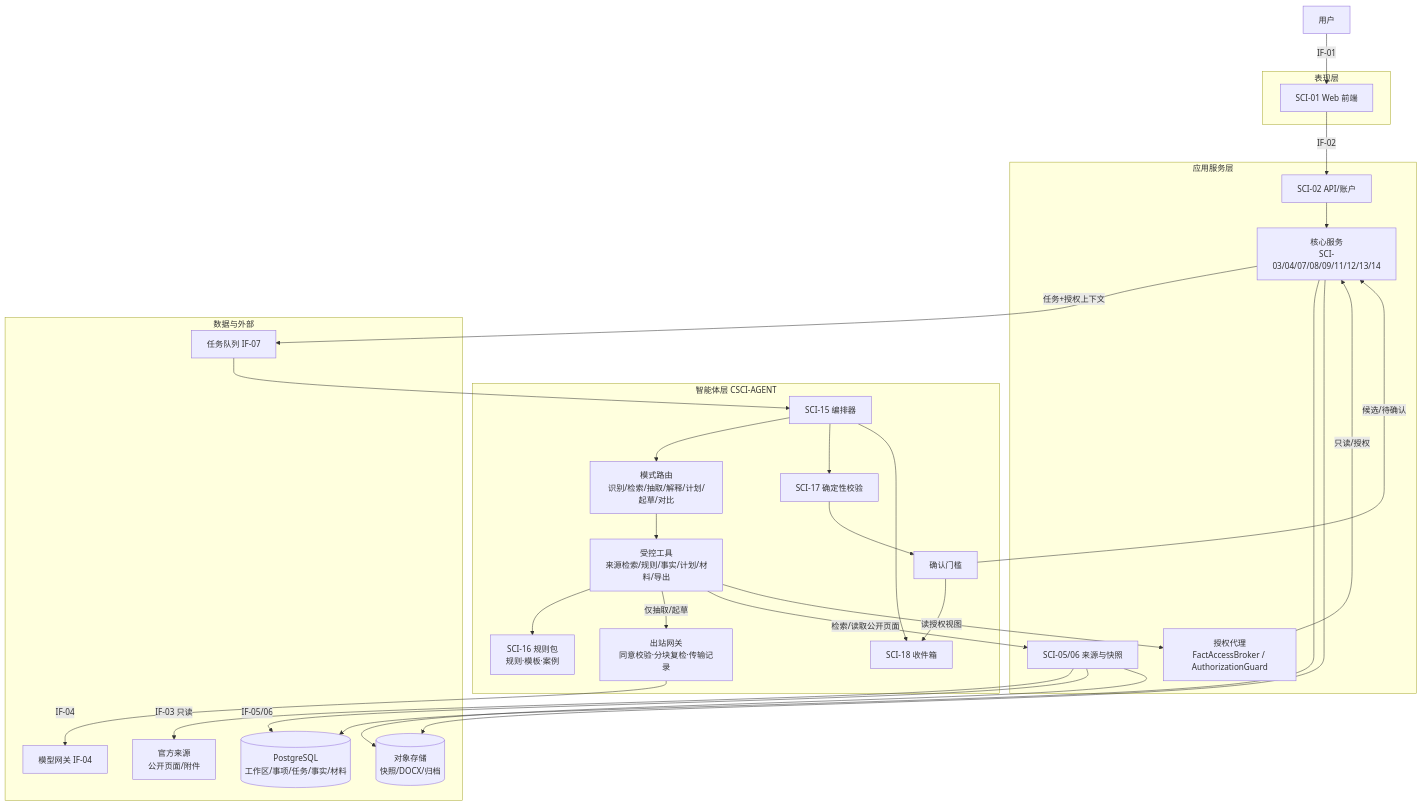
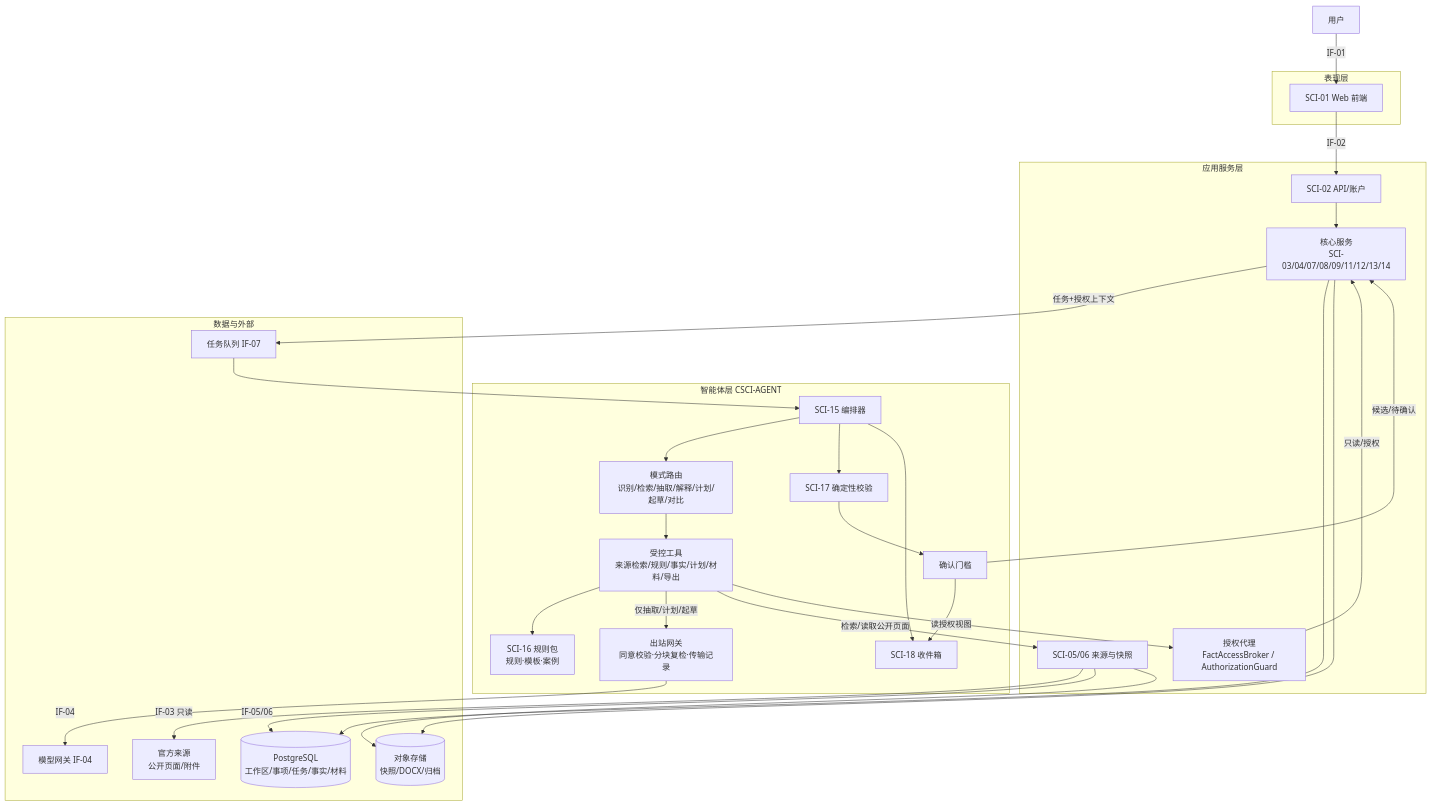
The ninth of 23 diagrams in docs/design/system-design/offerpilot-system-design.md (LotteryCamp/OfferPilot), drawn with Mermaid before and after one commit. The commit also changed other lines of this file, not shown here.

````diff
--- a/docs/design/system-design/offerpilot-system-design.md
+++ b/docs/design/system-design/offerpilot-system-design.md
@@ -1115,53 +1114,53 @@
 ```mermaid
 flowchart TB
     STU["用户"]
     subgraph UX["表现层"]
         WEB["SCI-01 Web 前端"]
     end
     subgraph APP["应用服务层"]
         API["SCI-02 API/账户"]
         CORE["核心服务<br/>SCI-03/04/07/08/09/11/12/13/14"]
         SRC["SCI-05/06 来源与快照"]
         AUTHZ["授权代理<br/>FactAccessBroker / AuthorizationGuard"]
     end
     subgraph AG["智能体层 CSCI-AGENT"]
         ORCH["SCI-15 编排器"]
         MODES["模式路由<br/>识别/检索/抽取/解释/计划/起草/对比"]
         TOOLS["受控工具<br/>来源检索/规则/事实/计划/材料/导出"]
         OGW["出站网关<br/>同意校验·分块复检·传输记录"]
         KP["SCI-16 规则包<br/>规则·模板·案例"]
         VAL["SCI-17 确定性校验"]
         GATE["确认门槛"]
         INBOX["SCI-18 收件箱"]
     end
     subgraph INF["数据与外部"]
         DB[("PostgreSQL<br/>工作区/事项/任务/事实/材料")]
         OBJ[("对象存储<br/>快照/DOCX/归档")]
         Q["任务队列 IF-07"]
         LLM["模型网关 IF-04"]
         OFF["官方来源<br/>公开页面/附件"]
     end
     STU -->|"IF-01"| WEB
     WEB -->|"IF-02"| API
     API --> CORE
     CORE -->|"任务+授权上下文"| Q
     Q --> ORCH
     ORCH --> MODES
     MODES --> TOOLS
     TOOLS --> KP
-    TOOLS -->|"仅抽取/起草"| OGW
+    TOOLS -->|"仅抽取/计划/起草"| OGW
     OGW -->|"IF-04"| LLM
     TOOLS -->|"检索/读取公开页面"| SRC
     SRC -->|"IF-03 只读"| OFF
     TOOLS -->|"读授权视图"| AUTHZ
     AUTHZ -->|"只读/授权"| CORE
     SRC -->|"IF-05/06"| DB
     SRC --> OBJ
     ORCH --> VAL
     VAL --> GATE
     GATE -->|"候选/待确认"| CORE
     GATE --> INBOX
     ORCH --> INBOX
     CORE --> DB
     CORE --> OBJ
 ```
````
